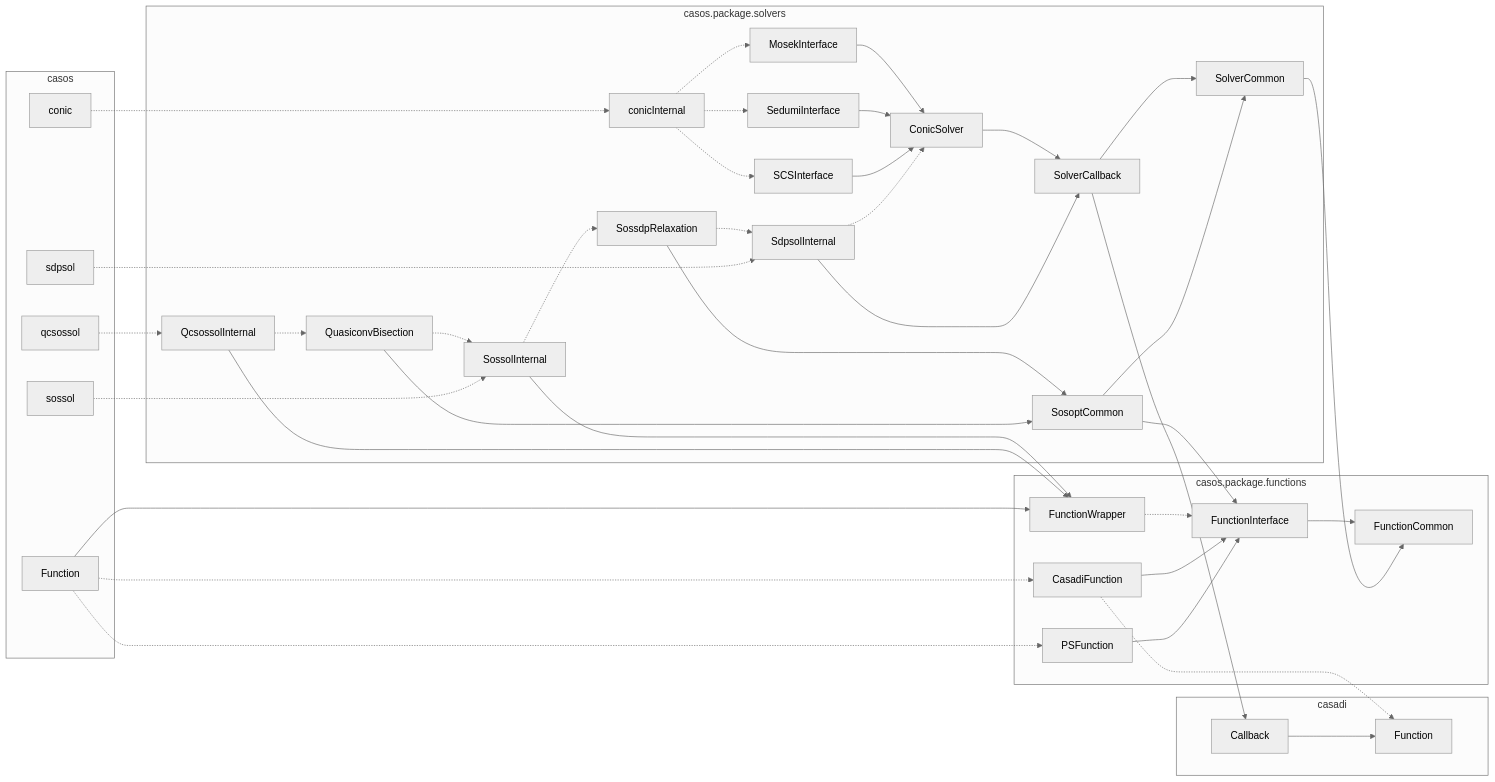
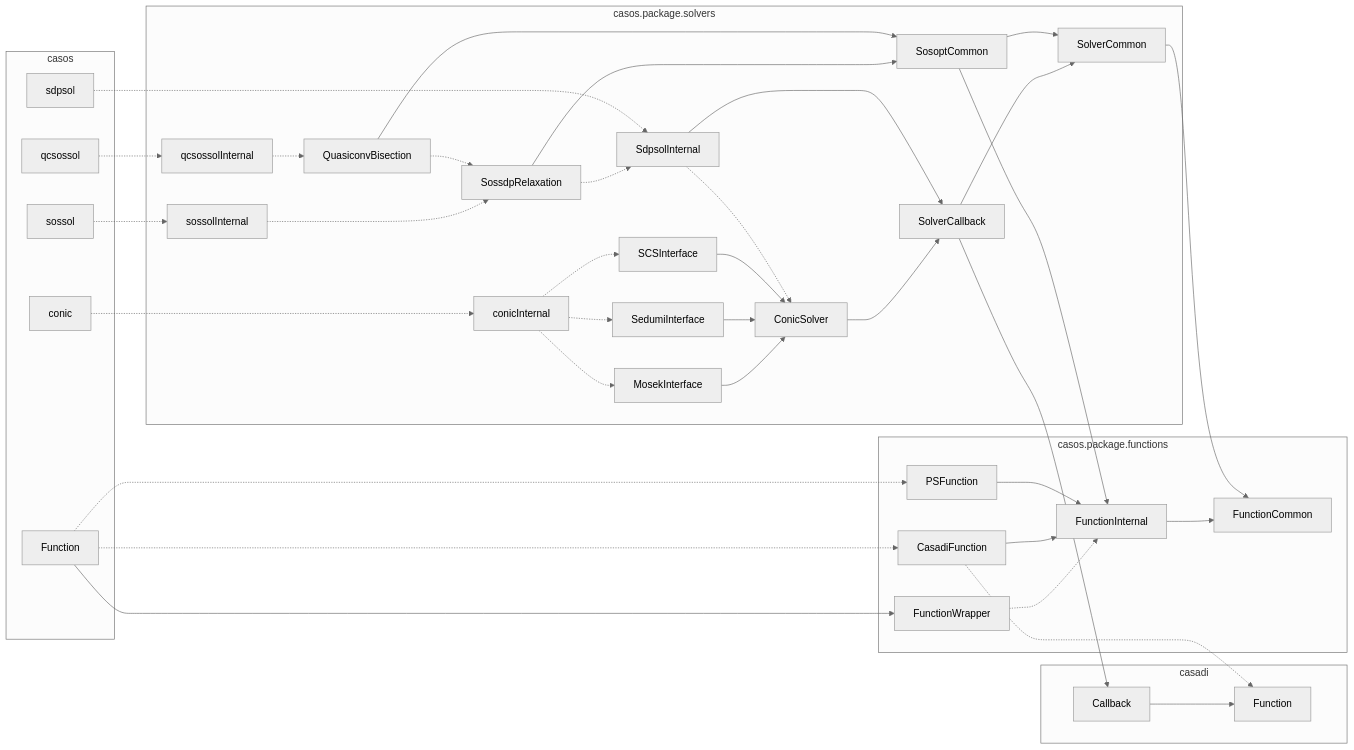
The second of 2 diagrams in +casos/+package/README.md (iFR-ACSO/casos), drawn with Mermaid (neutral theme) before and after one commit. The commit also changed other lines of this file and 234 other files, not shown here.

````diff
--- a/+casos/+package/README.md
+++ b/+casos/+package/README.md
@@ -3,51 +41,49 @@
 ```mermaid
 flowchart LR
   subgraph casadi
     casadi.Callback[Callback] --> casadi.Function[Function]
   end
   subgraph casos
     casos.Function[Function]
     casos.conic[conic]
     casos.sdpsol[sdpsol]
     casos.sossol[sossol]
     casos.qcsossol[qcsossol]
   end
   subgraph casos.package.functions
-    FunctionInterface --> FunctionCommon
-    FunctionWrapper -.-> FunctionInterface
-    CasadiFunction --> FunctionInterface
-    PSFunction --> FunctionInterface
+    FunctionInternal --> FunctionCommon
+    FunctionWrapper -.-> FunctionInternal
+    CasadiFunction --> FunctionInternal
+    PSFunction --> FunctionInternal
   end
   subgraph casos.package.solvers
     ConicSolver --> SolverCallback
     SolverCallback --> SolverCommon
     MosekInterface --> ConicSolver
     SedumiInterface --> ConicSolver
     SCSInterface --> ConicSolver
     SdpsolInternal --> SolverCallback
     SdpsolInternal -.-> ConicSolver
     conicInternal -.-> MosekInterface
     conicInternal -.-> SedumiInterface
     conicInternal -.-> SCSInterface
     SosoptCommon --> SolverCommon
-    SossolInternal --> FunctionWrapper
-    SossolInternal -.-> SossdpRelaxation
+    sossolInternal -.-> SossdpRelaxation
     SossdpRelaxation --> SosoptCommon
     SossdpRelaxation -.-> SdpsolInternal
-    QcsossolInternal --> FunctionWrapper
-    QcsossolInternal -.-> QuasiconvBisection
+    qcsossolInternal -.-> QuasiconvBisection
     QuasiconvBisection --> SosoptCommon
-    QuasiconvBisection -.-> SossolInternal
+    QuasiconvBisection -.-> SossdpRelaxation
   end
   casos.Function --> FunctionWrapper
   casos.Function -.-> CasadiFunction
   casos.Function -.-> PSFunction
   CasadiFunction -.-> casadi.Function
   SolverCallback --> casadi.Callback
   SolverCommon --> FunctionCommon
-  SosoptCommon --> FunctionInterface
+  SosoptCommon --> FunctionInternal
   casos.conic -.-> conicInternal
   casos.sdpsol -.-> SdpsolInternal
-  casos.sossol -.-> SossolInternal
-  casos.qcsossol -.-> QcsossolInternal
+  casos.sossol -.-> sossolInternal
+  casos.qcsossol -.-> qcsossolInternal
 ```
````
